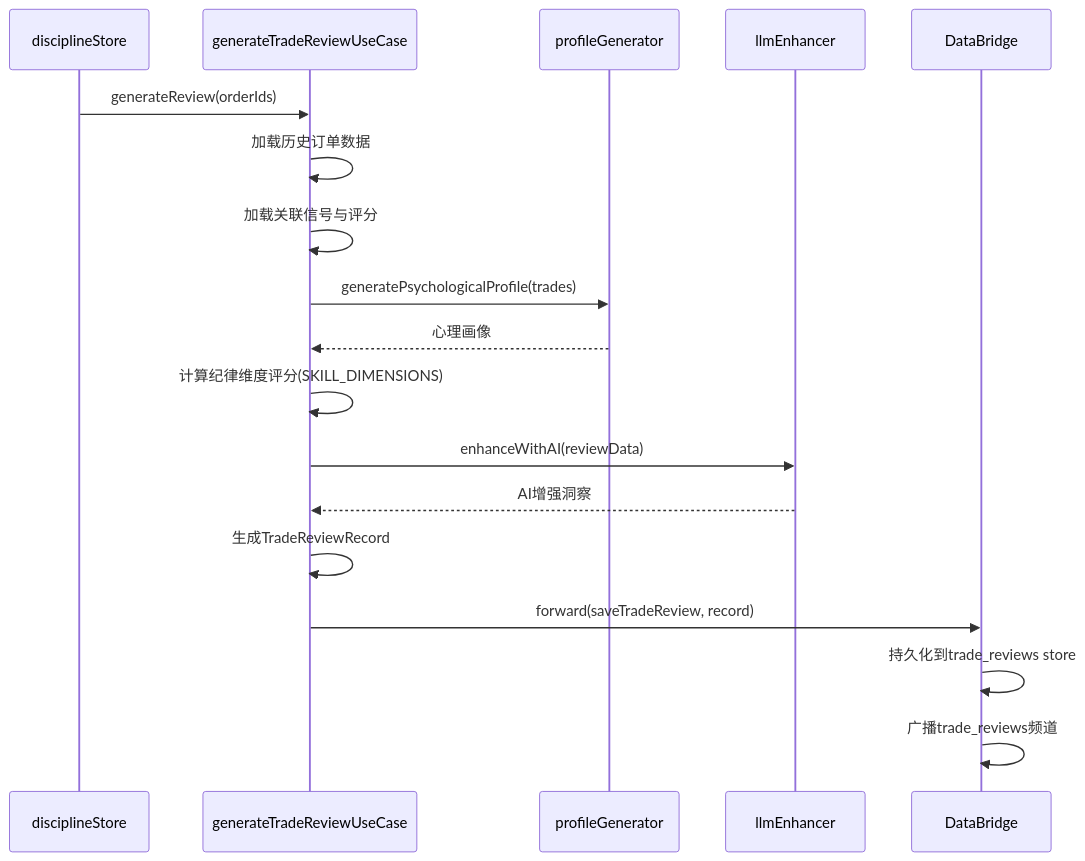
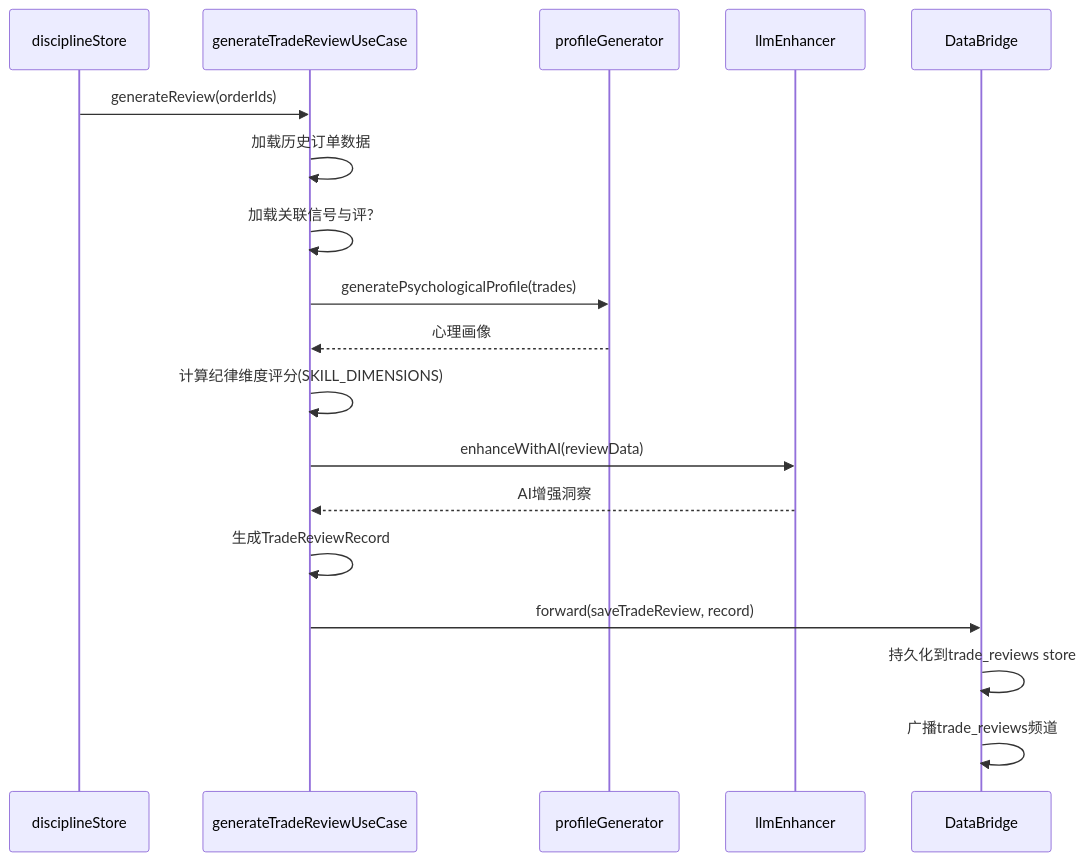
Diagram 12 of 19 in docs/explanation/design/databridge数据链路全景分析报告.md (DHENGHONGYU/-), drawn with Mermaid before and after one commit. The commit also changed other lines of this file and 1711 other files, not shown here.

````diff
--- a/docs/explanation/design/databridge数据链路全景分析报告.md
+++ b/docs/explanation/design/databridge数据链路全景分析报告.md
@@ -580,26 +535,25 @@
 ```mermaid
 sequenceDiagram
     participant Store as disciplineStore
     participant UseCase as generateTradeReviewUseCase
     participant Profile as profileGenerator
     participant LLM as llmEnhancer
     participant DataBridge as DataBridge
     
     Store->>UseCase: generateReview(orderIds)
     UseCase->>UseCase: 加载历史订单数据
-    UseCase->>UseCase: 加载关联信号与评分
-    
+    UseCase->>UseCase: 加载关联信号与评?    
     UseCase->>Profile: generatePsychologicalProfile(trades)
     Profile-->>UseCase: 心理画像
     
     UseCase->>UseCase: 计算纪律维度评分(SKILL_DIMENSIONS)
     
     UseCase->>LLM: enhanceWithAI(reviewData)
     LLM-->>UseCase: AI增强洞察
     
     UseCase->>UseCase: 生成TradeReviewRecord
     
     UseCase->>DataBridge: forward(saveTradeReview, record)
     DataBridge->>DataBridge: 持久化到trade_reviews store
     DataBridge->>DataBridge: 广播trade_reviews频道
 ```
````
